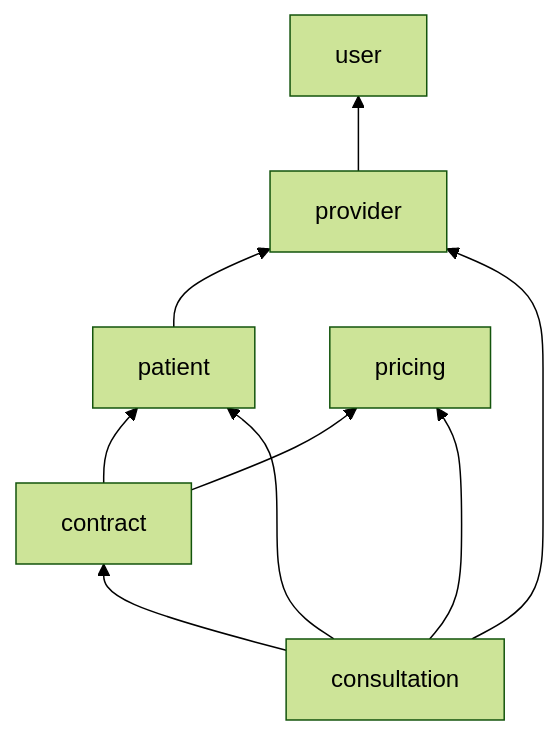
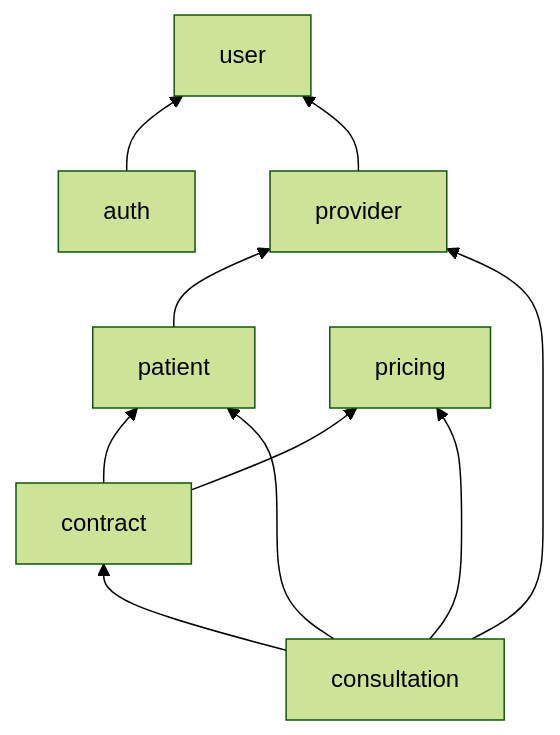
One commit to 1k2s/sublime-app changed the diagram in README.md. Above: the diagram before and after it, drawn with Mermaid (forest theme). The commit also changed other lines of this file and 38 other files, not shown here.

````diff
--- a/README.md
+++ b/README.md
@@ -57,18 +57,20 @@
 ```mermaid
 graph BT
   patient[patient]
   pricing[pricing]
   user[user]
   contract[contract]
   provider[provider]
   consultation[consultation]
+  auth[auth]
 
+  auth --> user
   contract --> patient
   contract --> pricing
   patient --> provider
   provider --> user
   consultation --> patient
   consultation --> contract
   consultation --> provider
   consultation --> pricing
 ```
````
